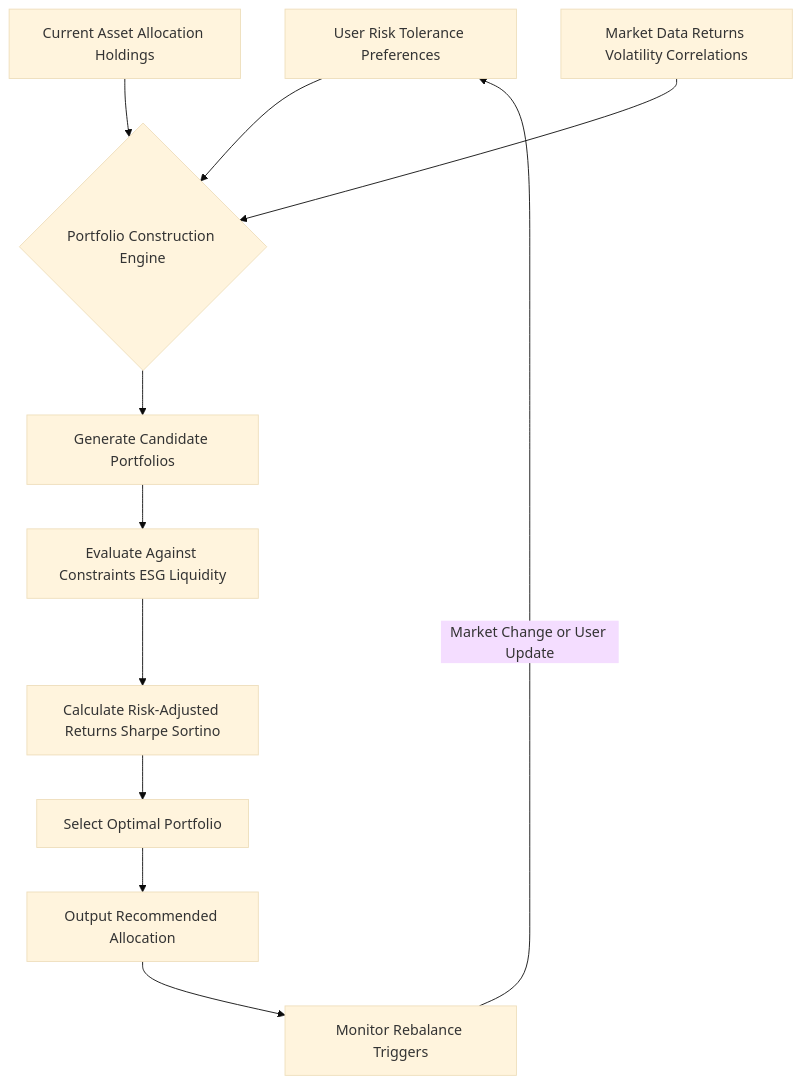
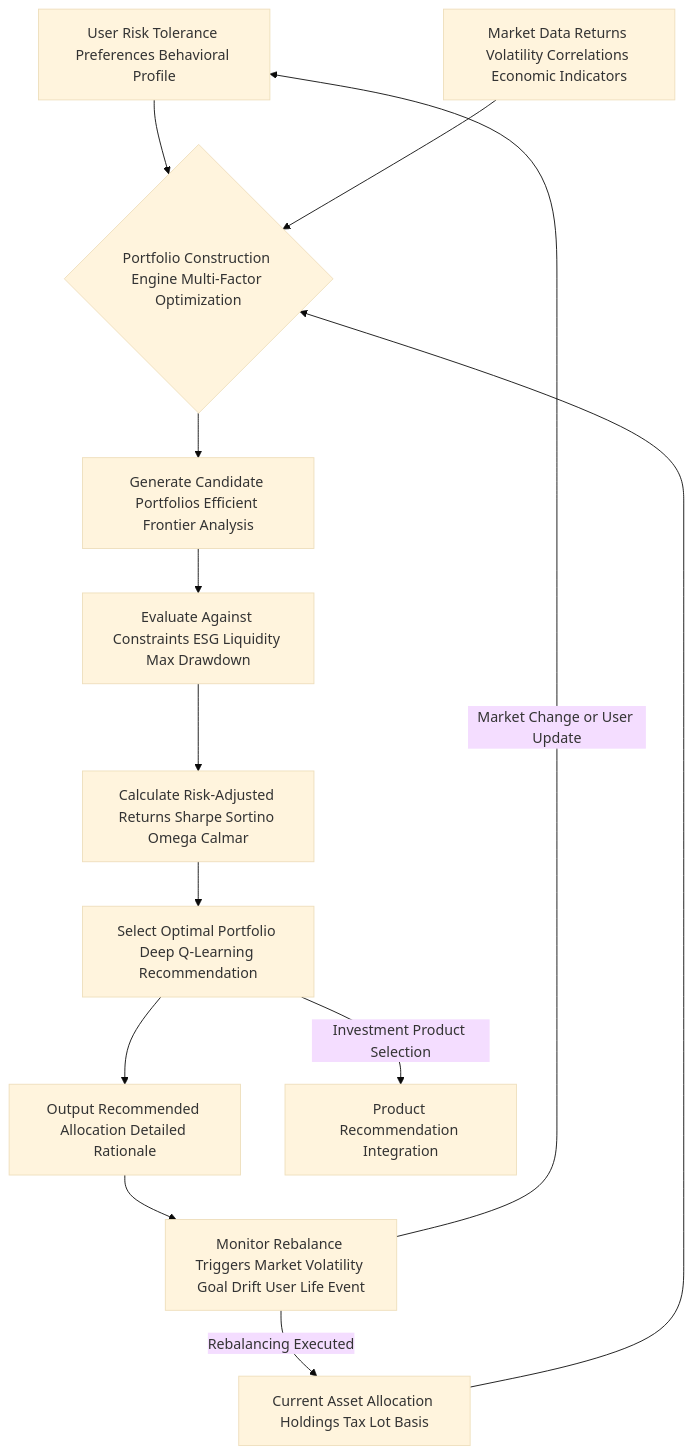
One commit to diplomat-bit/Citibank_Demo_Business_Inc_Demonstration- changed the seventh of 12 diagrams in inventions/004_ai_financial_plan_for_goals/generative_ai_prompt_template.md. Above: the diagram before and after it, drawn with Mermaid (base theme). The commit also changed other lines of this file, not shown here.

````diff
--- a/inventions/004_ai_financial_plan_for_goals/generative_ai_prompt_template.md
+++ b/inventions/004_ai_financial_plan_for_goals/generative_ai_prompt_template.md
@@ -474,13 +861,15 @@
 ```mermaid
 graph TD
-    A[User Risk Tolerance Preferences] --> B{Portfolio Construction Engine}
-    C[Current Asset Allocation Holdings] --> B
-    D[Market Data Returns Volatility Correlations] --> B
-    B --> E[Generate Candidate Portfolios]
-    E --> F[Evaluate Against Constraints ESG Liquidity]
-    F --> G[Calculate Risk-Adjusted Returns Sharpe Sortino]
-    G --> H[Select Optimal Portfolio]
-    H --> I[Output Recommended Allocation]
-    I --> J[Monitor Rebalance Triggers]
+    A[User Risk Tolerance Preferences Behavioral Profile] --> B{Portfolio Construction Engine Multi-Factor Optimization}
+    C[Current Asset Allocation Holdings Tax Lot Basis] --> B
+    D[Market Data Returns Volatility Correlations Economic Indicators] --> B
+    B --> E[Generate Candidate Portfolios Efficient Frontier Analysis]
+    E --> F[Evaluate Against Constraints ESG Liquidity Max Drawdown]
+    F --> G[Calculate Risk-Adjusted Returns Sharpe Sortino Omega Calmar]
+    G --> H[Select Optimal Portfolio Deep Q-Learning Recommendation]
+    H --> I[Output Recommended Allocation Detailed Rationale]
+    I --> J[Monitor Rebalance Triggers Market Volatility Goal Drift User Life Event]
     J -- Market Change or User Update --> A
+    J -- Rebalancing Executed --> C
+    H -- Investment Product Selection --> K[Product Recommendation Integration]
 ```
````
